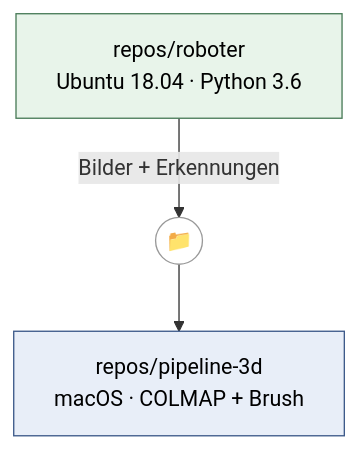
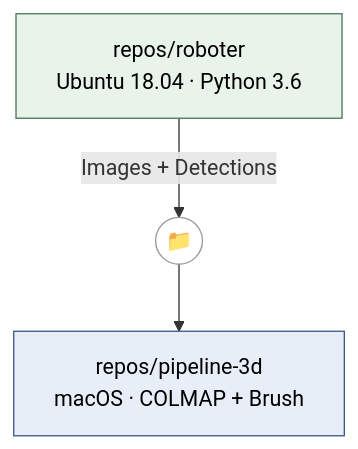
The second of 3 diagrams in ANWENDUNGSVISION.md (NiklasWork/jetbot-3d-modeling), drawn with Mermaid before and after one commit. The commit also changed other lines of this file and 24 other files, not shown here.

````diff
--- a/ANWENDUNGSVISION.md
+++ b/ANWENDUNGSVISION.md
@@ -69,8 +69,8 @@
 ```mermaid
 graph TD
-    R["repos/roboter<br/>Ubuntu 18.04 · Python 3.6"] -->|Bilder + Erkennungen| S(("📁"))
+    R["repos/roboter<br/>Ubuntu 18.04 · Python 3.6"] -->|Images + Detections| S(("📁"))
     S --> P["repos/pipeline-3d<br/>macOS · COLMAP + Brush"]
     style R fill:#e8f4ea,stroke:#4a7c59,color:#000
     style P fill:#e8eef8,stroke:#3d5a8a,color:#000
     style S fill:#fff,stroke:#999,color:#000
 ```
````
